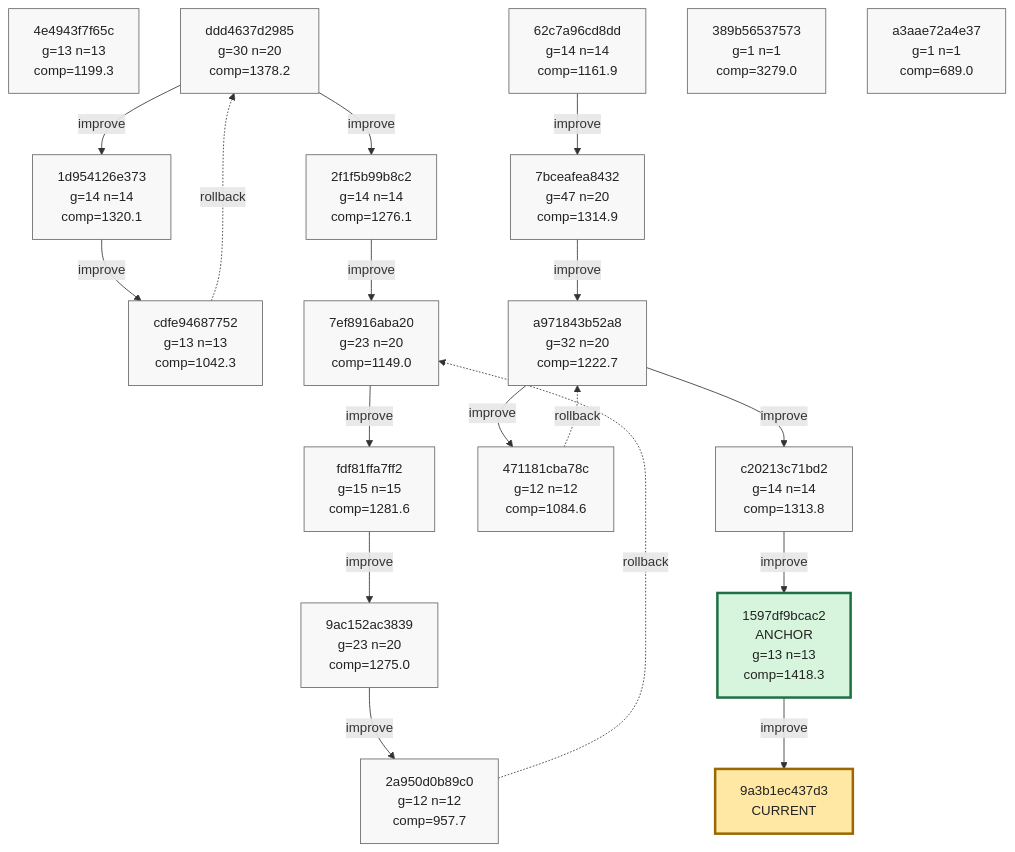
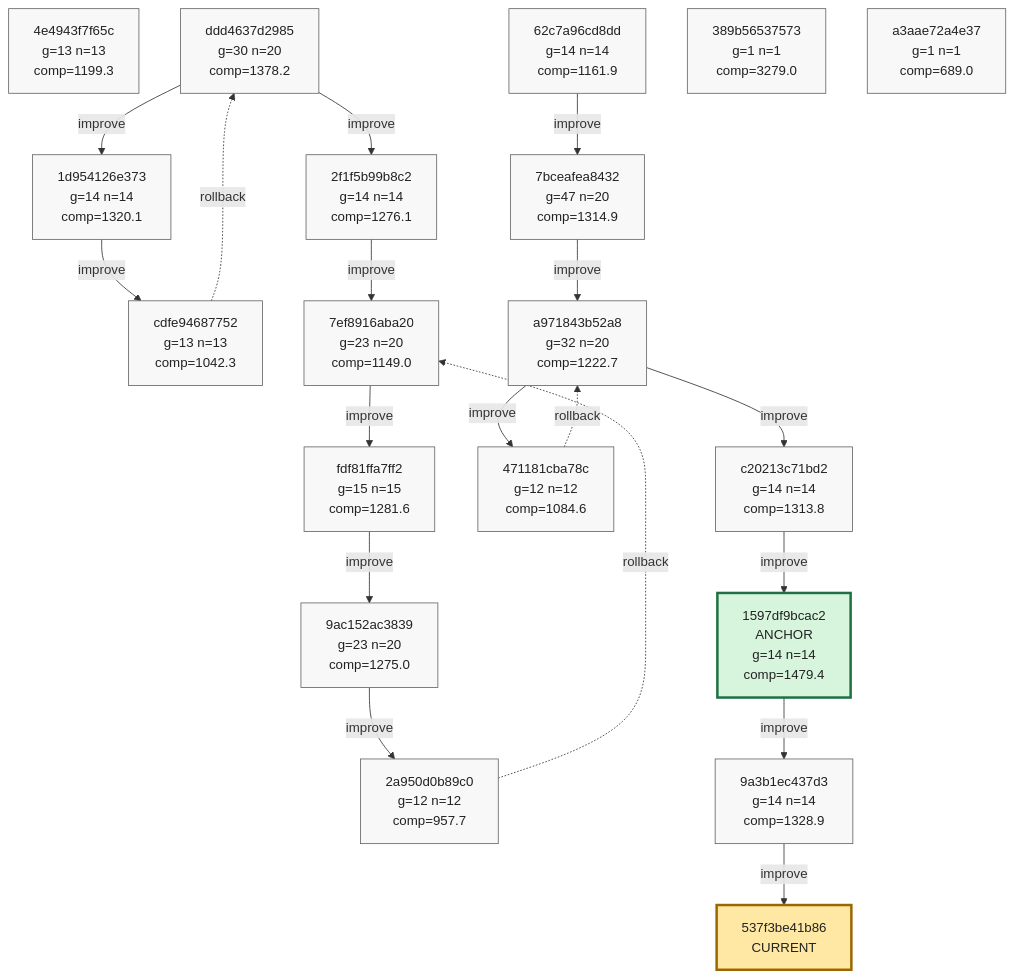
Before and after one commit to azumag/soviet_now: the ninth of 9 diagrams in phyrogenetic-tree.md, drawn with Mermaid. The commit also changed other lines of this file and 2 other files, not shown here.

Commit message:
eloop Improve after 12 games (scores: 1085 2848 1555 2590 2079 1128 1149 2066 1134 2025 920 1404)

````diff
--- a/phyrogenetic-tree.md
+++ b/phyrogenetic-tree.md
@@ -2231,62 +2229,65 @@
 ```mermaid
 flowchart TD
     h_4e4943f7f65c["4e4943f7f65c<br/>g=13 n=13<br/>comp=1199.3"]
     h_ddd4637d2985["ddd4637d2985<br/>g=30 n=20<br/>comp=1378.2"]
     h_1d954126e373["1d954126e373<br/>g=14 n=14<br/>comp=1320.1"]
     h_cdfe94687752["cdfe94687752<br/>g=13 n=13<br/>comp=1042.3"]
     h_2f1f5b99b8c2["2f1f5b99b8c2<br/>g=14 n=14<br/>comp=1276.1"]
     h_7ef8916aba20["7ef8916aba20<br/>g=23 n=20<br/>comp=1149.0"]
     h_fdf81ffa7ff2["fdf81ffa7ff2<br/>g=15 n=15<br/>comp=1281.6"]
     h_9ac152ac3839["9ac152ac3839<br/>g=23 n=20<br/>comp=1275.0"]
     h_2a950d0b89c0["2a950d0b89c0<br/>g=12 n=12<br/>comp=957.7"]
     h_62c7a96cd8dd["62c7a96cd8dd<br/>g=14 n=14<br/>comp=1161.9"]
     h_7bceafea8432["7bceafea8432<br/>g=47 n=20<br/>comp=1314.9"]
     h_a971843b52a8["a971843b52a8<br/>g=32 n=20<br/>comp=1222.7"]
     h_471181cba78c["471181cba78c<br/>g=12 n=12<br/>comp=1084.6"]
     h_c20213c71bd2["c20213c71bd2<br/>g=14 n=14<br/>comp=1313.8"]
-    h_1597df9bcac2["1597df9bcac2<br/>ANCHOR<br/>g=13 n=13<br/>comp=1418.3"]
+    h_1597df9bcac2["1597df9bcac2<br/>ANCHOR<br/>g=14 n=14<br/>comp=1479.4"]
+    h_9a3b1ec437d3["9a3b1ec437d3<br/>g=14 n=14<br/>comp=1328.9"]
     h_389b56537573["389b56537573<br/>g=1 n=1<br/>comp=3279.0"]
     h_a3aae72a4e37["a3aae72a4e37<br/>g=1 n=1<br/>comp=689.0"]
-    h_9a3b1ec437d3["9a3b1ec437d3<br/>CURRENT"]
+    h_537f3be41b86["537f3be41b86<br/>CURRENT"]
 
     h_ddd4637d2985 -->|improve| h_1d954126e373
     h_1d954126e373 -->|improve| h_cdfe94687752
     h_cdfe94687752 -. rollback .-> h_ddd4637d2985
     h_ddd4637d2985 -->|improve| h_2f1f5b99b8c2
     h_2f1f5b99b8c2 -->|improve| h_7ef8916aba20
     h_7ef8916aba20 -->|improve| h_fdf81ffa7ff2
     h_fdf81ffa7ff2 -->|improve| h_9ac152ac3839
     h_9ac152ac3839 -->|improve| h_2a950d0b89c0
     h_2a950d0b89c0 -. rollback .-> h_7ef8916aba20
     h_62c7a96cd8dd -->|improve| h_7bceafea8432
     h_7bceafea8432 -->|improve| h_a971843b52a8
     h_a971843b52a8 -->|improve| h_471181cba78c
     h_471181cba78c -. rollback .-> h_a971843b52a8
     h_a971843b52a8 -->|improve| h_c20213c71bd2
     h_c20213c71bd2 -->|improve| h_1597df9bcac2
     h_1597df9bcac2 -->|improve| h_9a3b1ec437d3
+    h_9a3b1ec437d3 -->|improve| h_537f3be41b86
 
     classDef plain fill:#f8f8f8,stroke:#666,stroke-width:1px,color:#222;
     classDef current fill:#ffe8a3,stroke:#9a6700,stroke-width:3px,color:#222;
     classDef anchor fill:#d7f5dd,stroke:#1f6f43,stroke-width:3px,color:#222;
     classDef current_anchor fill:#f3e4a8,stroke:#1f6f43,stroke-width:4px,color:#222;
 
     class h_4e4943f7f65c plain;
     class h_ddd4637d2985 plain;
     class h_1d954126e373 plain;
     class h_cdfe94687752 plain;
     class h_2f1f5b99b8c2 plain;
     class h_7ef8916aba20 plain;
     class h_fdf81ffa7ff2 plain;
     class h_9ac152ac3839 plain;
     class h_2a950d0b89c0 plain;
     class h_62c7a96cd8dd plain;
     class h_7bceafea8432 plain;
     class h_a971843b52a8 plain;
     class h_471181cba78c plain;
     class h_c20213c71bd2 plain;
     class h_1597df9bcac2 anchor;
+    class h_9a3b1ec437d3 plain;
     class h_389b56537573 plain;
     class h_a3aae72a4e37 plain;
-    class h_9a3b1ec437d3 current;
+    class h_537f3be41b86 current;
 ```
````
